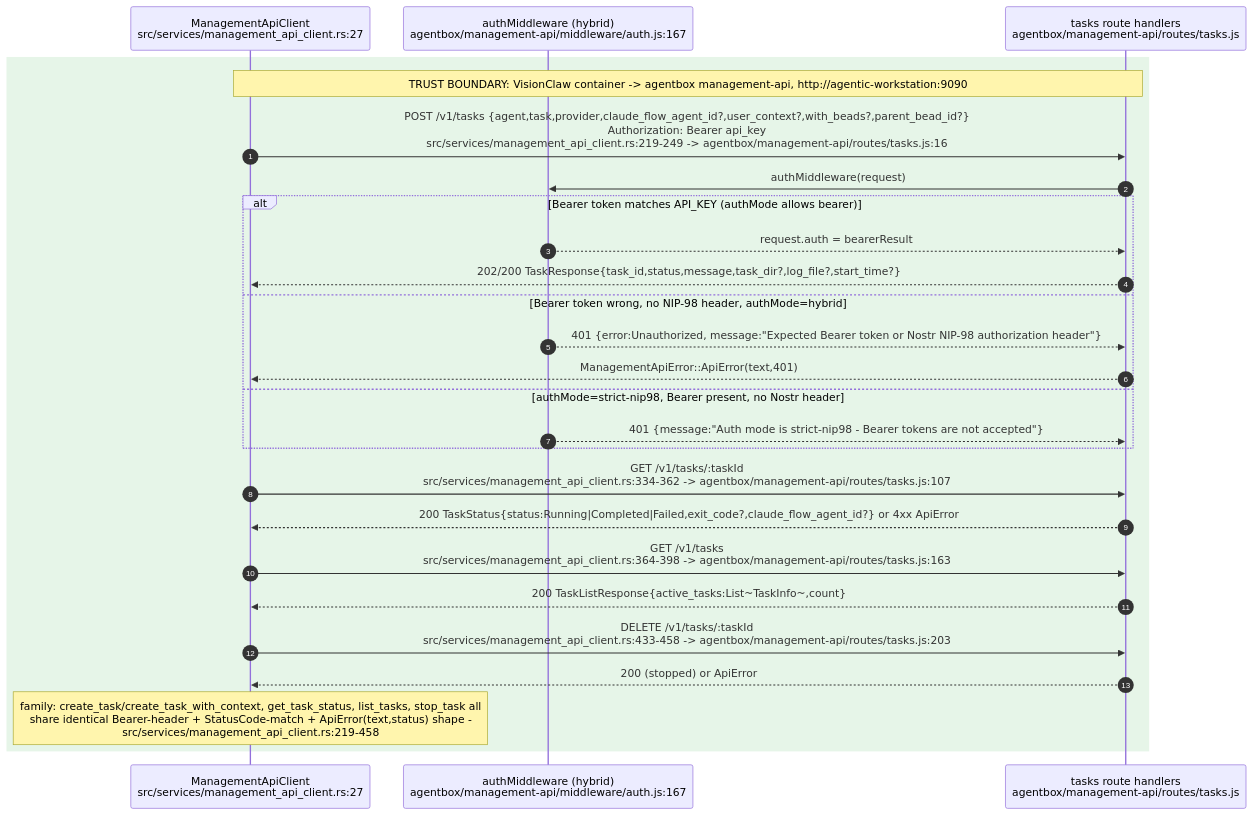
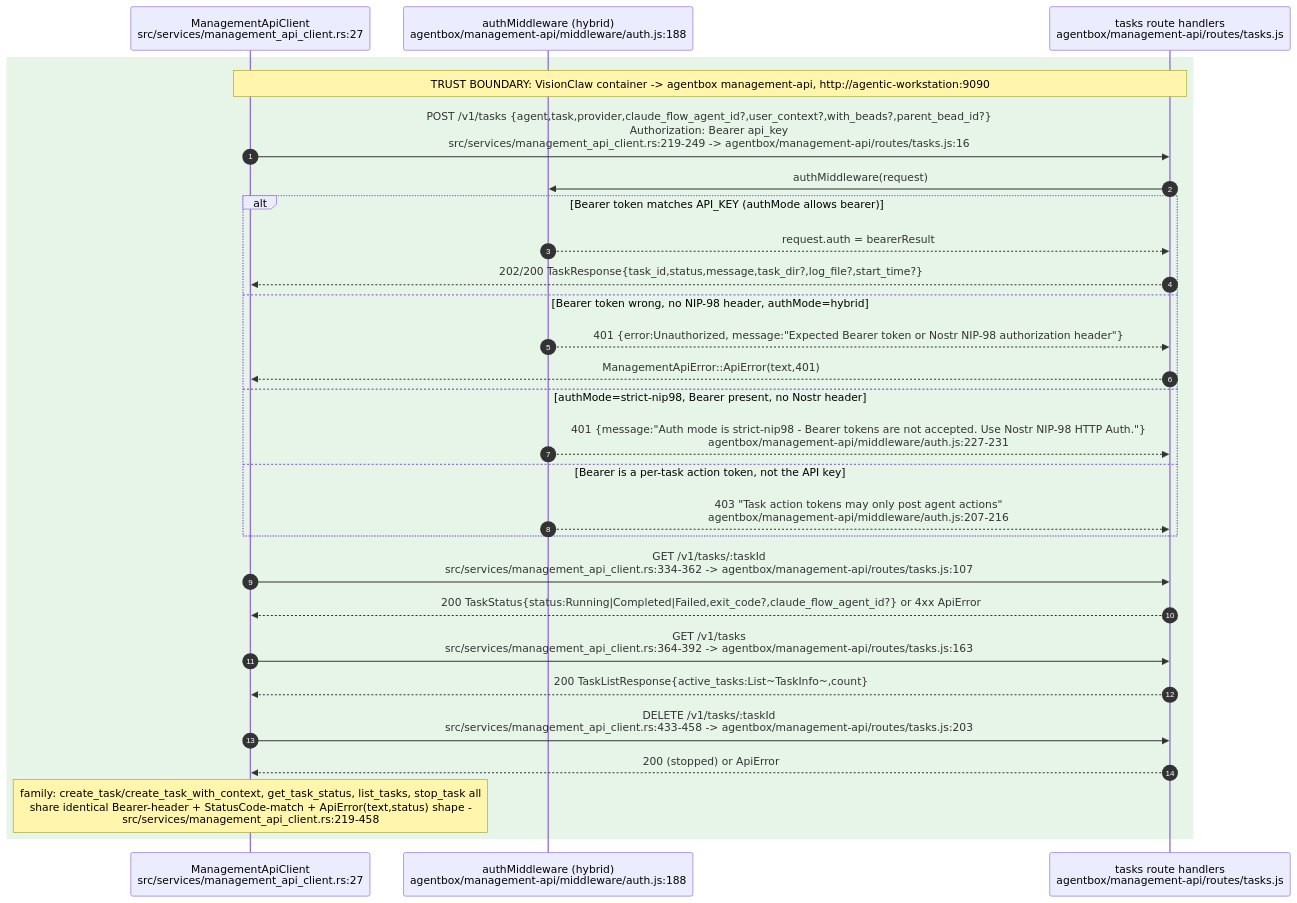
The tenth of 12 diagrams in docs/diagrams/estate/02-agent-events-agentbox-to-visionclaw.md (DreamLab-AI/VisionFlow), drawn with Mermaid before and after one commit. The commit also changed other lines of this file and 91 other files, not shown here.

````diff
--- a/docs/diagrams/estate/02-agent-events-agentbox-to-visionclaw.md
+++ b/docs/diagrams/estate/02-agent-events-agentbox-to-visionclaw.md
@@ -454,29 +477,31 @@
 ```mermaid
 sequenceDiagram
     autonumber
     participant VC as ManagementApiClient<br/>src/services/management_api_client.rs:27
-    participant AUTH as authMiddleware (hybrid)<br/>agentbox/management-api/middleware/auth.js:167
+    participant AUTH as authMiddleware (hybrid)<br/>agentbox/management-api/middleware/auth.js:188
     participant TASKS as tasks route handlers<br/>agentbox/management-api/routes/tasks.js
 
     rect rgb(230,245,232)
     Note over VC,TASKS: TRUST BOUNDARY: VisionClaw container -> agentbox management-api, http://agentic-workstation:9090
     VC->>TASKS: POST /v1/tasks {agent,task,provider,claude_flow_agent_id?,user_context?,with_beads?,parent_bead_id?}<br/>Authorization: Bearer api_key<br/>src/services/management_api_client.rs:219-249 -> agentbox/management-api/routes/tasks.js:16
     TASKS->>AUTH: authMiddleware(request)
     alt Bearer token matches API_KEY (authMode allows bearer)
         AUTH-->>TASKS: request.auth = bearerResult
         TASKS-->>VC: 202/200 TaskResponse{task_id,status,message,task_dir?,log_file?,start_time?}
     else Bearer token wrong, no NIP-98 header, authMode=hybrid
         AUTH-->>TASKS: 401 {error:Unauthorized, message:"Expected Bearer token or Nostr NIP-98 authorization header"}
         TASKS-->>VC: ManagementApiError::ApiError(text,401)
     else authMode=strict-nip98, Bearer present, no Nostr header
-        AUTH-->>TASKS: 401 {message:"Auth mode is strict-nip98 - Bearer tokens are not accepted"}
+        AUTH-->>TASKS: 401 {message:"Auth mode is strict-nip98 - Bearer tokens are not accepted. Use Nostr NIP-98 HTTP Auth."}<br/>agentbox/management-api/middleware/auth.js:227-231
+    else Bearer is a per-task action token, not the API key
+        AUTH-->>TASKS: 403 "Task action tokens may only post agent actions"<br/>agentbox/management-api/middleware/auth.js:207-216
     end
     VC->>TASKS: GET /v1/tasks/:taskId<br/>src/services/management_api_client.rs:334-362 -> agentbox/management-api/routes/tasks.js:107
     TASKS-->>VC: 200 TaskStatus{status:Running|Completed|Failed,exit_code?,claude_flow_agent_id?} or 4xx ApiError
-    VC->>TASKS: GET /v1/tasks<br/>src/services/management_api_client.rs:364-398 -> agentbox/management-api/routes/tasks.js:163
+    VC->>TASKS: GET /v1/tasks<br/>src/services/management_api_client.rs:364-392 -> agentbox/management-api/routes/tasks.js:163
     TASKS-->>VC: 200 TaskListResponse{active_tasks:List~TaskInfo~,count}
     VC->>TASKS: DELETE /v1/tasks/:taskId<br/>src/services/management_api_client.rs:433-458 -> agentbox/management-api/routes/tasks.js:203
     TASKS-->>VC: 200 (stopped) or ApiError
     Note over VC: family: create_task/create_task_with_context, get_task_status, list_tasks, stop_task all<br/>share identical Bearer-header + StatusCode-match + ApiError(text,status) shape -<br/>src/services/management_api_client.rs:219-458
     end
 ```
````
